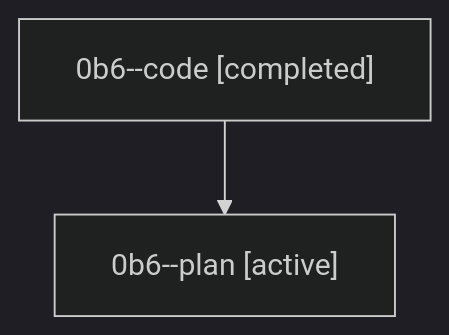
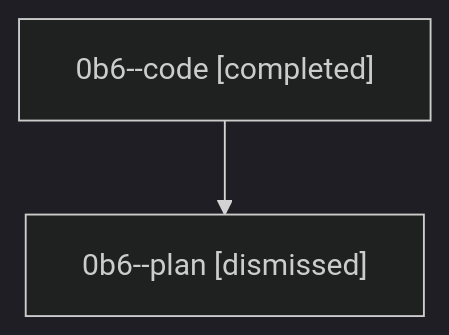
Before and after one commit to sase-org/sase--agents: the diagram in sessions/bbugyi200.athena.0b6.md, drawn with Mermaid (dark theme). The commit also changed other lines of this file and 29 other files, not shown here.

````diff
--- a/sessions/bbugyi200.athena.0b6.md
+++ b/sessions/bbugyi200.athena.0b6.md
@@ -9,6 +9,6 @@
 ```mermaid
 flowchart TD
   n0["0b6--code [completed]"]
-  n1["0b6--plan [active]"]
+  n1["0b6--plan [dismissed]"]
   n0 --> n1
 ```
````
